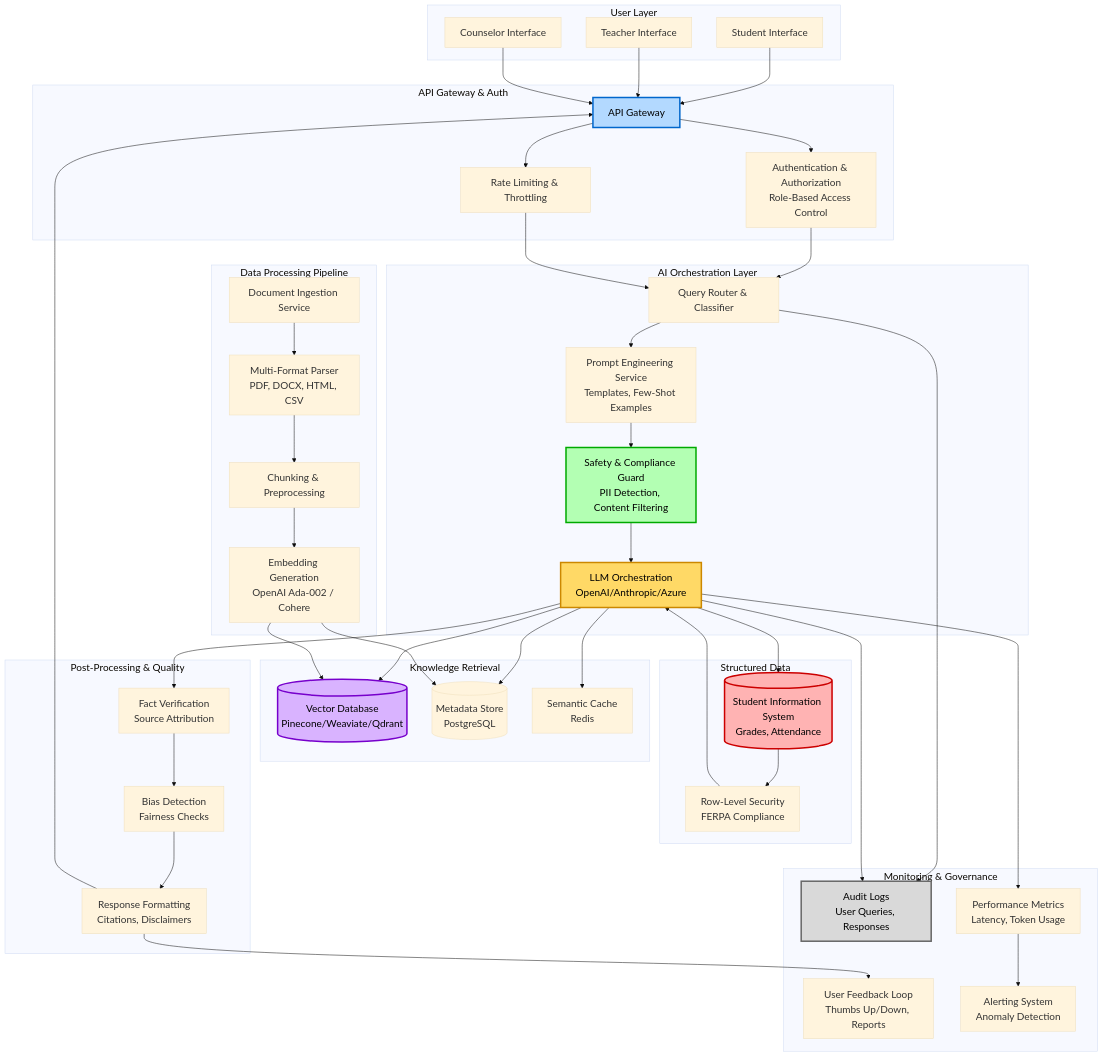
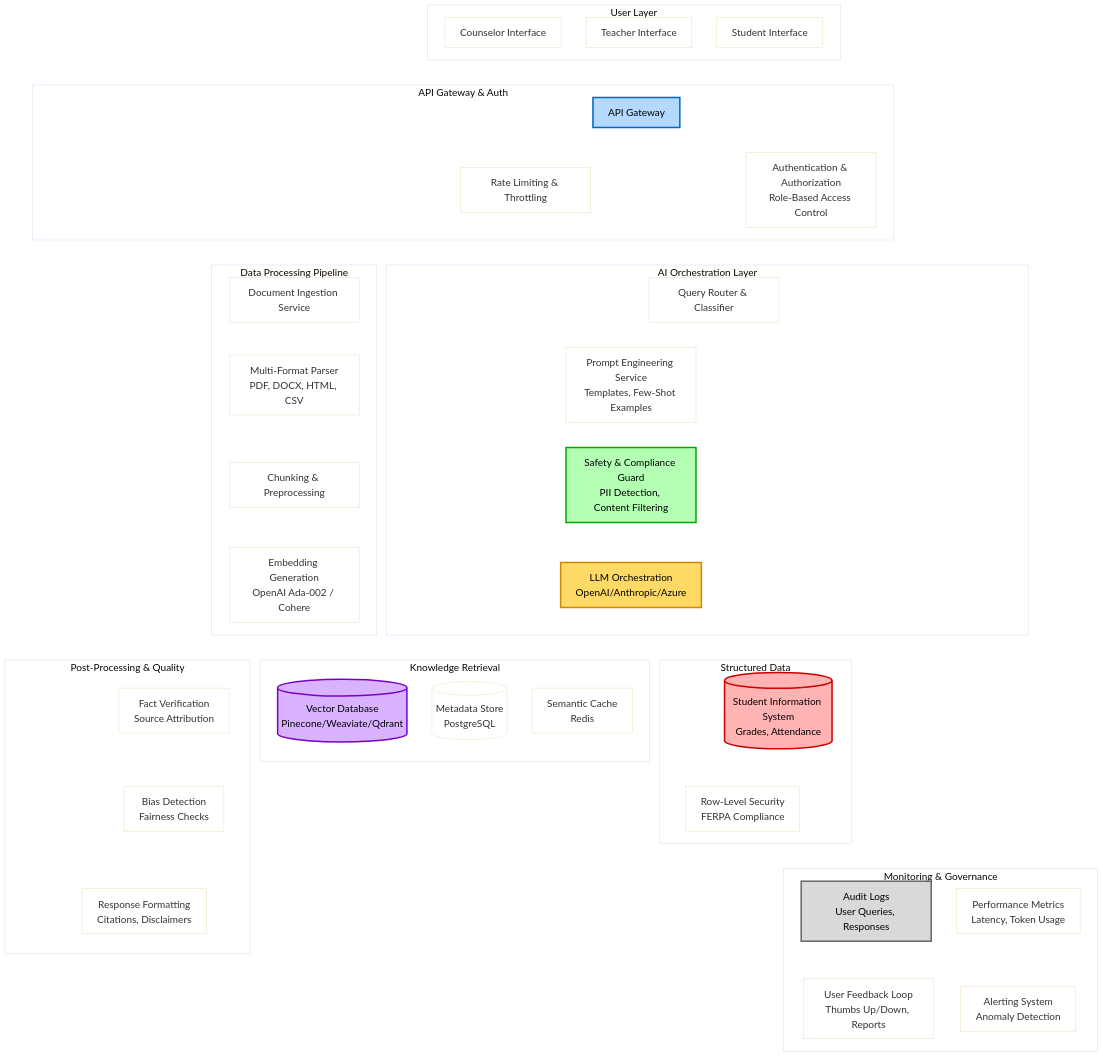
Before and after one commit to kbwillia/sparq-takehome: the diagram in ARCHITECTURE.md, drawn with Mermaid.

````diff
--- a/ARCHITECTURE.md
+++ b/ARCHITECTURE.md
@@ -5,5 +5,5 @@
 ```mermaid
-%%{init: {'theme':'base', 'themeVariables': {'fontSize':'20px', 'fontFamily':'arial', 'nodeSpacing':80, 'rankSpacing':80}}}%%
+%%{init: {'theme':'base', 'themeVariables': {'fontSize':'20px', 'fontFamily':'arial', 'nodeSpacing':80, 'rankSpacing':80, 'background':'transparent', 'mainBkg':'transparent', 'clusterBkg':'transparent'}}}%%
 graph TB
     subgraph "User Layer"
         Student[Student Interface]
````
